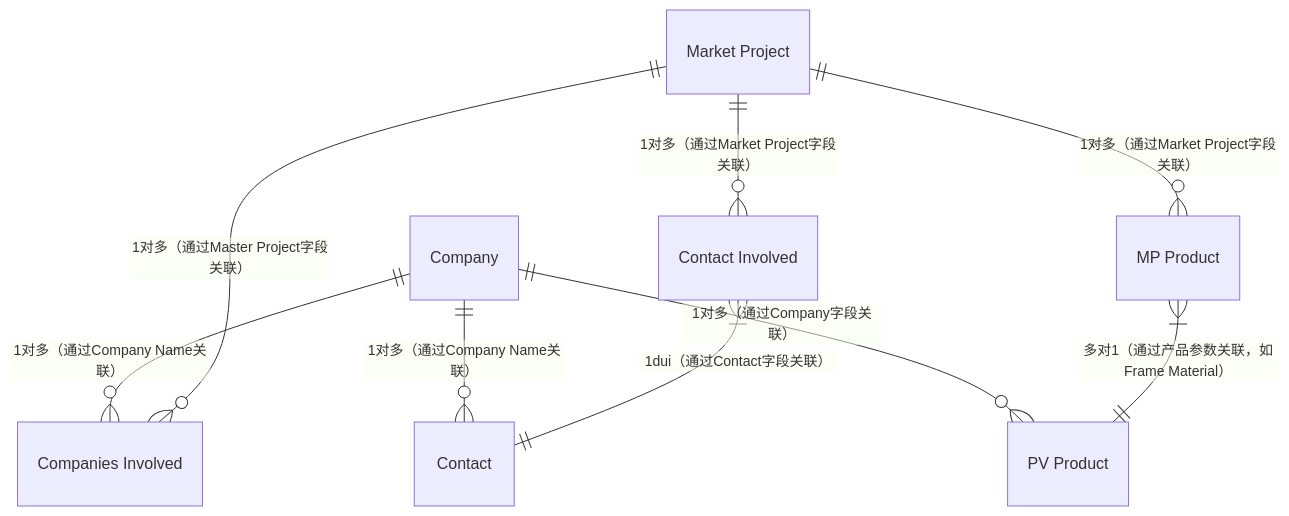
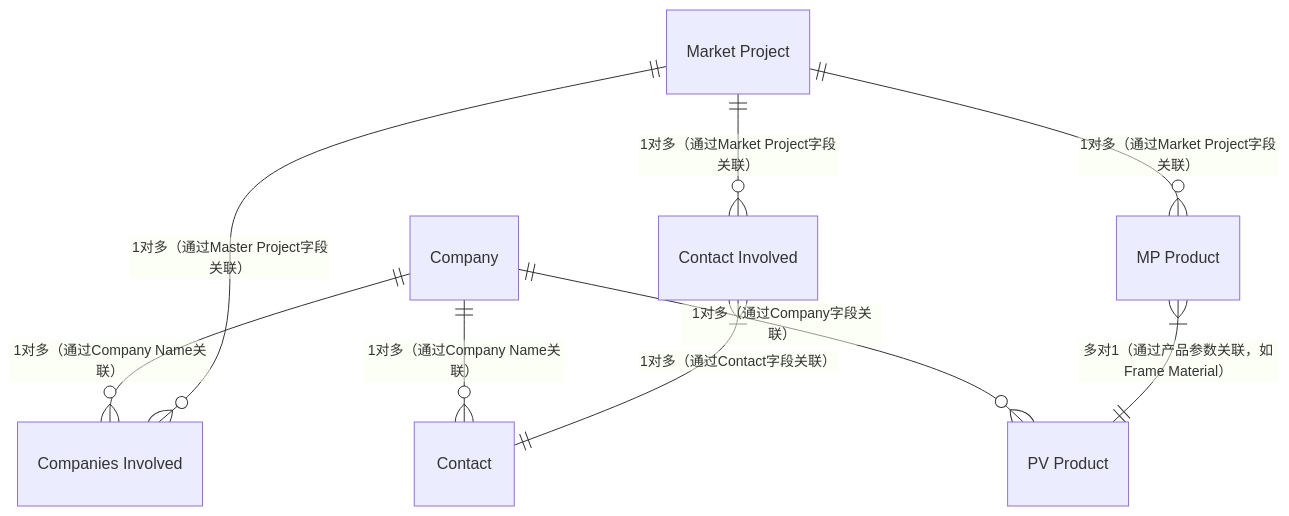
The diagram in all/未命名.md (zhangziru-33/iodraw-files), drawn with Mermaid before and after one commit.

Commit message:
2025-12-04 13:57:04 update

````diff
--- a/all/未命名.md
+++ b/all/未命名.md
@@ -1,12 +1,12 @@
 ```mermaid
 erDiagram
     Company ||--o{ "Companies Involved" : "1对多（通过Company Name关联）"
     Company ||--o{ "PV Product" : "1对多（通过Company字段关联）"
     Company ||--o{ "Contact" : "1对多（通过Company Name关联）"
     "Market Project" ||--o{ "Companies Involved" : "1对多（通过Master Project字段关联）"
     "Market Project" ||--o{ "Contact Involved" : "1对多（通过Market Project字段关联）"
     "Market Project" ||--o{ "MP Product" : "1对多（通过Market Project字段关联）"
     "MP Product" }|--|| "PV Product" : "多对1（通过产品参数关联，如Frame Material）"
-    "Contact Involved" }|--|| "Contact" : "1dui（通过Contact字段关联）"
+    "Contact Involved" }|--|| "Contact" : "1对多（通过Contact字段关联）"
     %% Contact ||--o{ "Conatct Involved" : "1对多（通过Conatct字段关联）"
 ```
````
